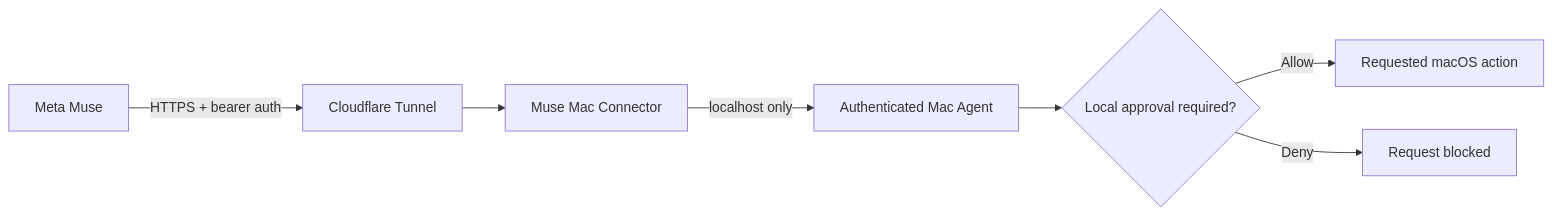
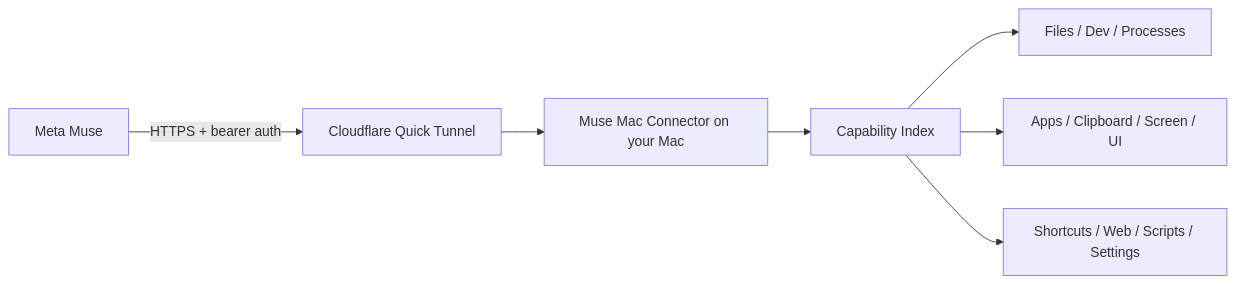
Before and after one commit to dkm90x/muse-mac-connector: the diagram in README.md, drawn with Mermaid. The commit also changed other lines of this file and 16 other files, not shown here.

````diff
--- a/README.md
+++ b/README.md
@@ -23,9 +79,9 @@
 ```mermaid
 flowchart LR
-    M[Meta Muse] -->|HTTPS + bearer auth| C[Cloudflare Tunnel]
-    C --> A[Muse Mac Connector]
-    A -->|localhost only| H[Authenticated Mac Agent]
-    H --> P{Local approval required?}
-    P -->|Allow| X[Requested macOS action]
-    P -->|Deny| D[Request blocked]
+    M[Meta Muse] -->|HTTPS + bearer auth| C[Cloudflare Quick Tunnel]
+    C --> A[Muse Mac Connector on your Mac]
+    A --> I[Capability Index]
+    I --> F[Files / Dev / Processes]
+    I --> U[Apps / Clipboard / Screen / UI]
+    I --> S[Shortcuts / Web / Scripts / Settings]
 ```
````
